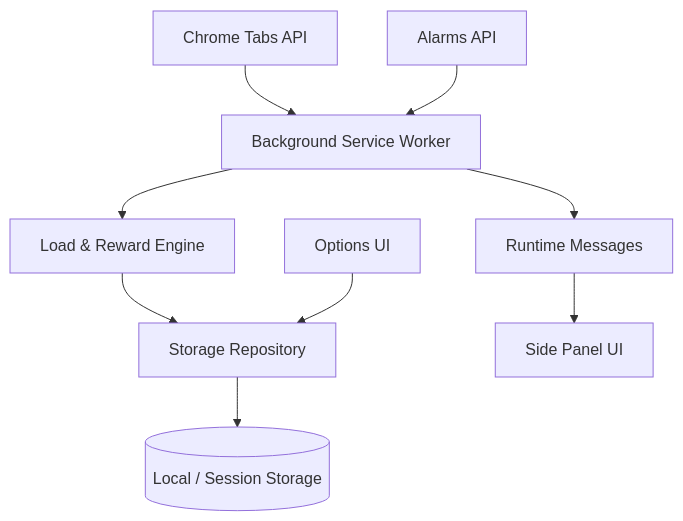
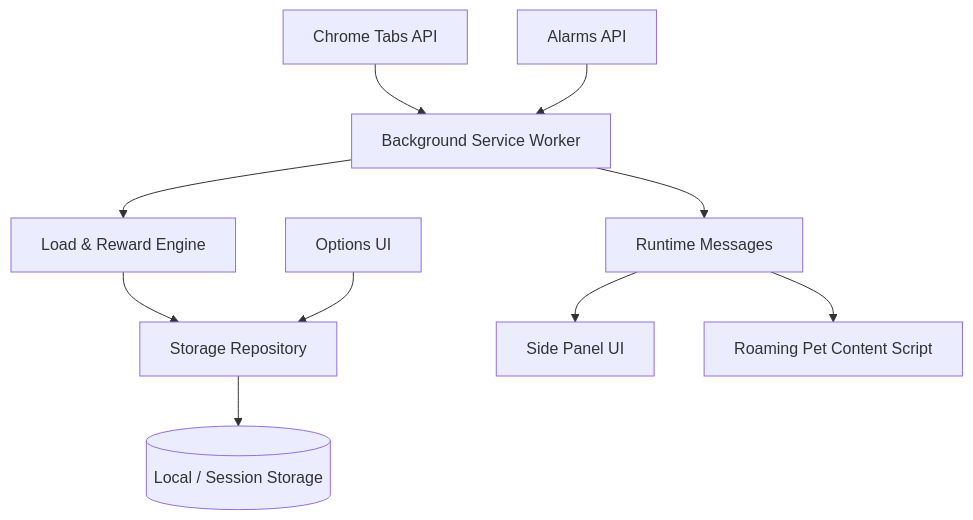
One commit to xichengpro/tabbit changed the diagram in docs/TECHNICAL_DESIGN.md. Above: the diagram before and after it, drawn with Mermaid. The commit also changed other lines of this file and 16 other files, not shown here.

````diff
--- a/docs/TECHNICAL_DESIGN.md
+++ b/docs/TECHNICAL_DESIGN.md
@@ -21,11 +21,12 @@
 ```mermaid
 flowchart TD
     T[Chrome Tabs API] --> B[Background Service Worker]
     A[Alarms API] --> B
     B --> E[Load & Reward Engine]
     E --> S[Storage Repository]
     S --> L[(Local / Session Storage)]
     B --> M[Runtime Messages]
     M --> P[Side Panel UI]
+    M --> C[Roaming Pet Content Script]
     O[Options UI] --> S
 ```
````
